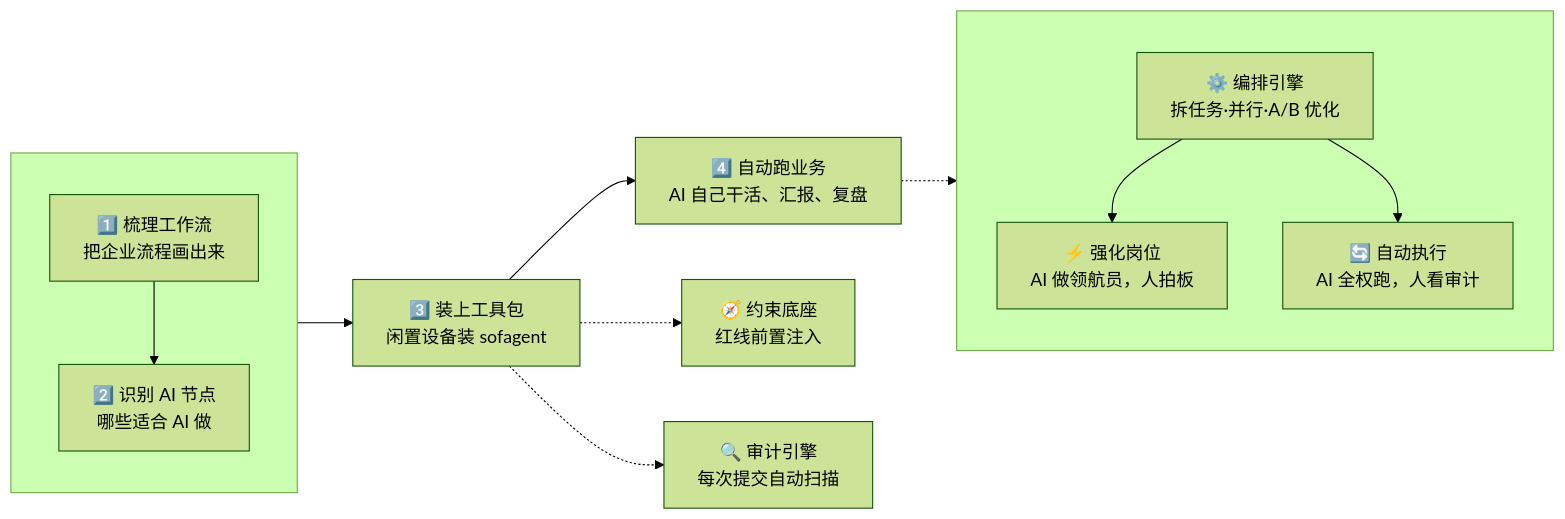
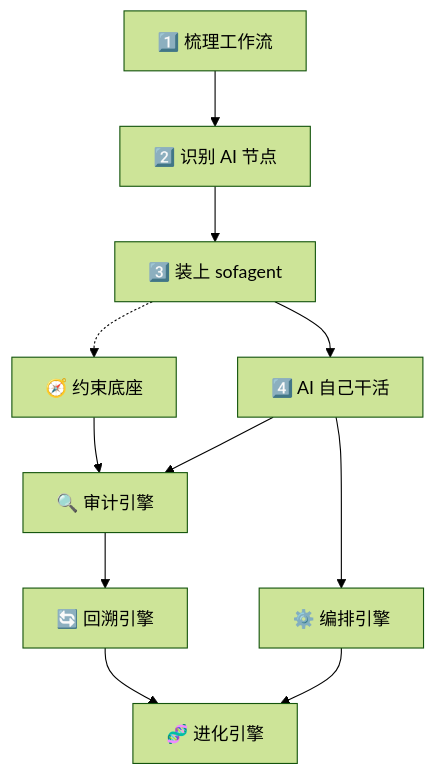
One commit to KongFangXun/sofagent changed the first of 5 diagrams in README.md. Above: the diagram before and after it, drawn with Mermaid (forest theme). The commit also changed other lines of this file and 9 other files, not shown here.

````diff
--- a/README.md
+++ b/README.md
@@ -70,26 +100,14 @@
 ```mermaid
-graph LR
-    subgraph identify[" "]
-        direction TB
-        A["1️⃣ 梳理工作流<br/>把企业流程画出来"]
-        B["2️⃣ 识别 AI 节点<br/>哪些适合 AI 做"]
-    end
+graph TB
+    A["1️⃣ 梳理工作流"] --> B["2️⃣ 识别 AI 节点"]
+    B --> C["3️⃣ 装上 sofagent"]
+    C --> D["4️⃣ AI 自己干活"]
 
-    A --> B
-    B --> C["3️⃣ 装上工具包<br/>闲置设备装 sofagent"]
-    C --> D["4️⃣ 自动跑业务<br/>AI 自己干活、汇报、复盘"]
-
-    C -.-> E["🧭 约束底座<br/>红线前置注入"]
-    C -.-> F["🔍 审计引擎<br/>每次提交自动扫描"]
-
-    subgraph output[" "]
-        direction TB
-        G["⚙️ 编排引擎<br/>拆任务·并行·A/B 优化"]
-        H["⚡ 强化岗位<br/>AI 做领航员，人拍板"]
-        I["🔄 自动执行<br/>AI 全权跑，人看审计"]
-    end
-
-    D -.-> G
-    G --> H
-    G --> I
+    E["🧭 约束底座"] --> F["🔍 审计引擎"]
+    F --> G["🔄 回溯引擎"]
+    D --> H["⚙️ 编排引擎"]
+    G --> I["🧬 进化引擎"]
+    H --> I
+    C -.-> E
+    D --> F
 ```
````
